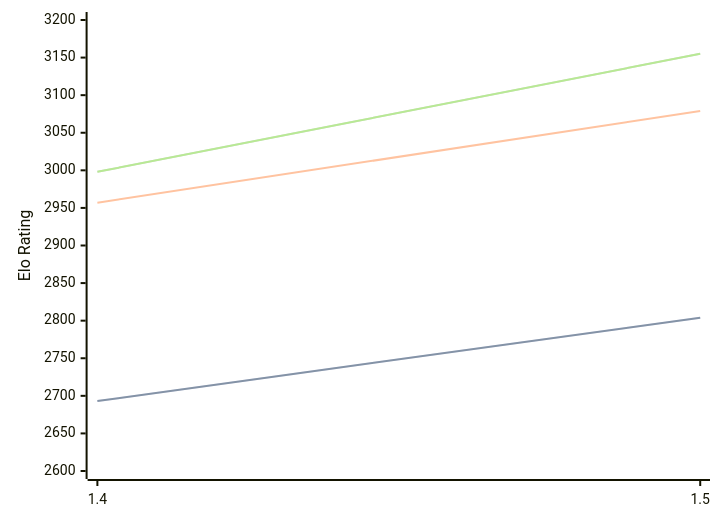
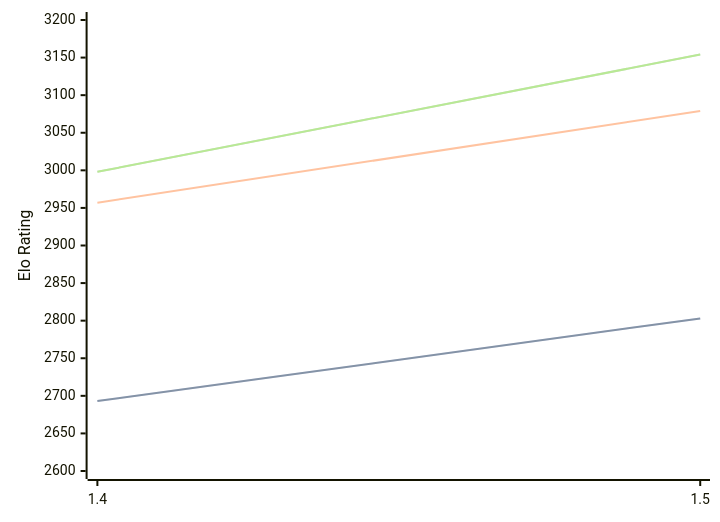
The diagram in engines/Yakka.md (computer-chess-index/cci), drawn with Mermaid before and after one commit. The commit also changed other lines of this file, not shown here.

Commit message:
Update CCI Ratings (ELO VLTC) - 2026-03-17

````diff
--- a/engines/Yakka.md
+++ b/engines/Yakka.md
@@ -34,11 +34,11 @@
 ```mermaid
 %%{init: {"theme":"base","themeVariables":{"seriesColors:['#a3a3a3','#222221','#faa371']}}}%%
 xychart-beta
   x-axis ["1.4", "1.5"]
   y-axis "Elo Rating" 2600 --> 3200
-  line "STC (8.0+0.08s)" [2693, 2804]
-  line "STC (8.0+0.08s)" [2693, 2804]
+  line "STC (8.0+0.08s)" [2693, 2803]
+  line "STC (8.0+0.08s)" [2693, 2803]
   line "LTC (60.0+0.60s)" [2957, 3079]
-  line "VLTC (2m24s+1.12s)" [2998, 3155]
-  line "VLTC (2m24s+1.12s)" [2998, 3155]
+  line "VLTC (2m24s+1.12s)" [2998, 3154]
+  line "VLTC (2m24s+1.12s)" [2998, 3154]
 ```
````
